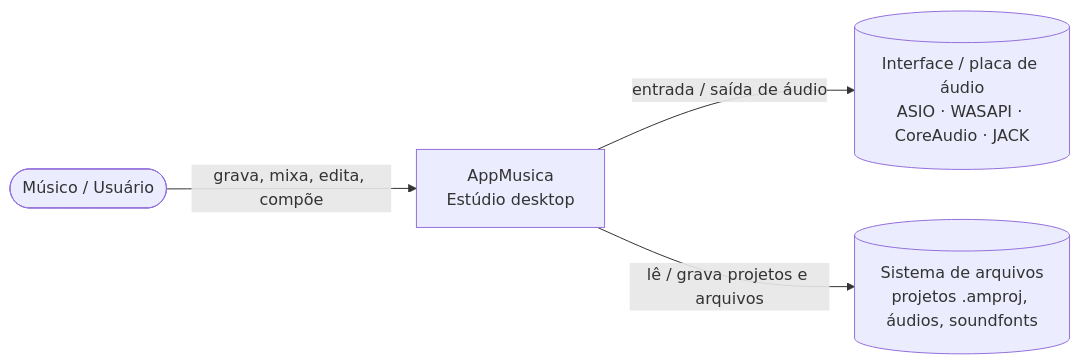
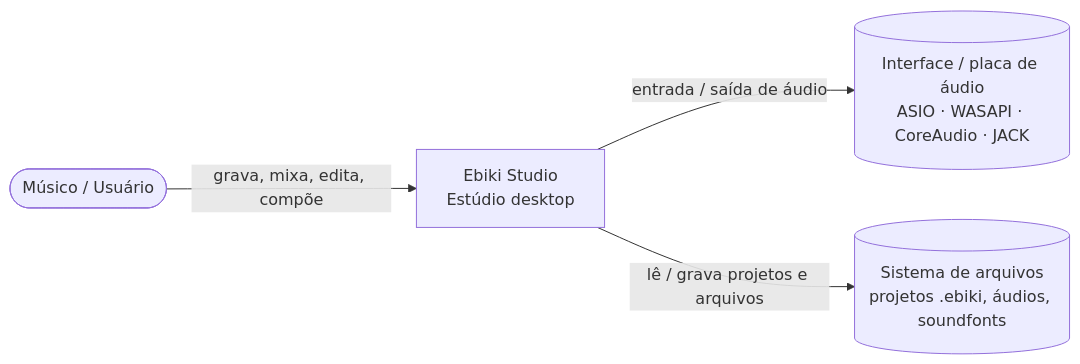
Before and after one commit to TokumoH/Ebiki-Studio: the first of 11 diagrams in docs/arquitetura/2026-11-05-arquitetura-geral.md, drawn with Mermaid. The commit also changed other lines of this file and 10 other files, not shown here.

First line of the commit message:
docs: produto renomeado para Ebiki Studio (ADR-0030)

````diff
--- a/docs/arquitetura/2026-11-05-arquitetura-geral.md
+++ b/docs/arquitetura/2026-11-05-arquitetura-geral.md
@@ -12,10 +12,10 @@
 ```mermaid
 flowchart LR
     user([Músico / Usuário])
-    app[AppMusica<br/>Estúdio desktop]
+    app[Ebiki Studio<br/>Estúdio desktop]
     dev[(Interface / placa de áudio<br/>ASIO · WASAPI · CoreAudio · JACK)]
-    fs[(Sistema de arquivos<br/>projetos .amproj, áudios, soundfonts)]
+    fs[(Sistema de arquivos<br/>projetos .ebiki, áudios, soundfonts)]
     user -- grava, mixa, edita, compõe --> app
     app -- entrada / saída de áudio --> dev
     app -- lê / grava projetos e arquivos --> fs
 ```
````
